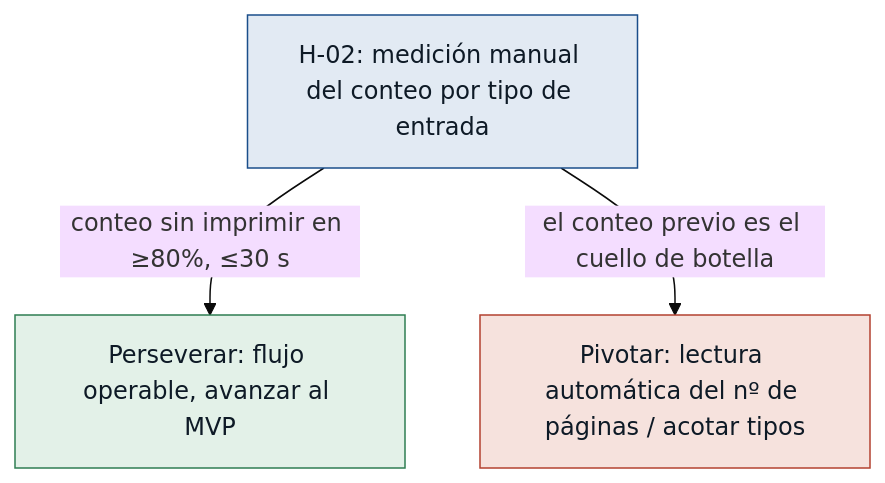
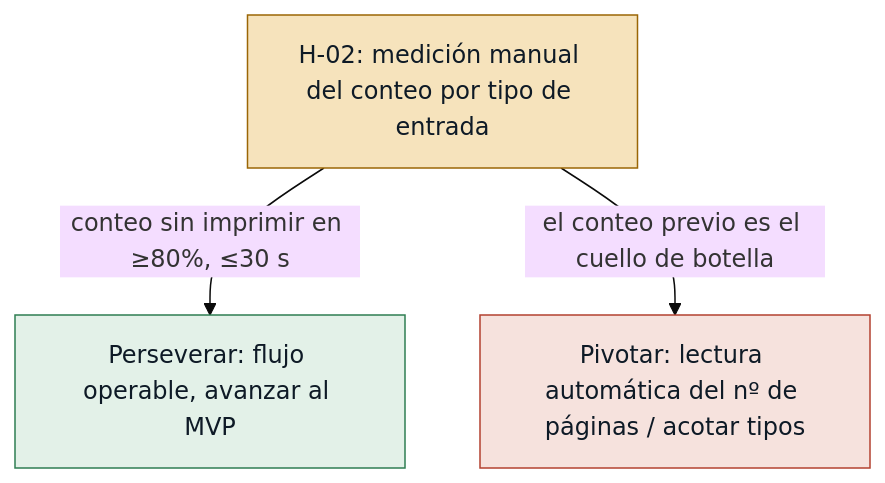
Before and after one commit to KituNaranjo/discovery-agent: the third of 5 diagrams in discoveries/bazarpapeleria/outputs/hypotheses.md, drawn with Mermaid (base theme). The commit also changed other lines of this file and 8 other files, not shown here.

````diff
--- a/discoveries/bazarpapeleria/outputs/hypotheses.md
+++ b/discoveries/bazarpapeleria/outputs/hypotheses.md
@@ -96,9 +100,9 @@
 ```mermaid
 flowchart TD
-  classDef test fill:#E2EAF3,stroke:#1A4E8A,color:#0E1A26;
+  classDef test fill:#F6E3BC,stroke:#9A6605,color:#0E1A26;
   classDef ok fill:#E3F1E8,stroke:#2E7D52,color:#0E1A26;
   classDef no fill:#F6E2DD,stroke:#B3402F,color:#0E1A26;
   H[H-02: medición manual del conteo por tipo de entrada]:::test
   H -->|conteo sin imprimir en ≥80%, ≤30 s| K[Perseverar: flujo operable, avanzar al MVP]:::ok
   H -->|el conteo previo es el cuello de botella| V[Pivotar: lectura automática del nº de páginas / acotar tipos]:::no
 ```
````
